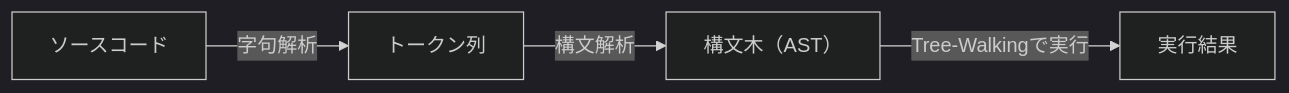
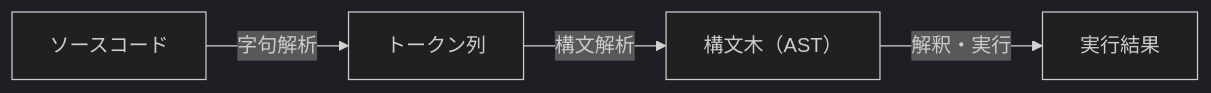
The fourth of 5 diagrams in rubykaigi-bootcamp-2025/slides.md (Nozomi-Hijikata/slides), drawn with Mermaid (dark theme) before and after one commit. The commit also changed other lines of this file, not shown here.

````diff
--- a/rubykaigi-bootcamp-2025/slides.md
+++ b/rubykaigi-bootcamp-2025/slides.md
@@ -352,6 +359,6 @@
 ```mermaid {scale: 0.9}
 graph LR
     A[ソースコード] -->|字句解析| B[トークン列]
     B -->|構文解析| C[構文木（AST）]
-    C -->|Tree-Walkingで実行| D[実行結果]
+    C -->|解釈・実行| D[実行結果]
 ```
````
